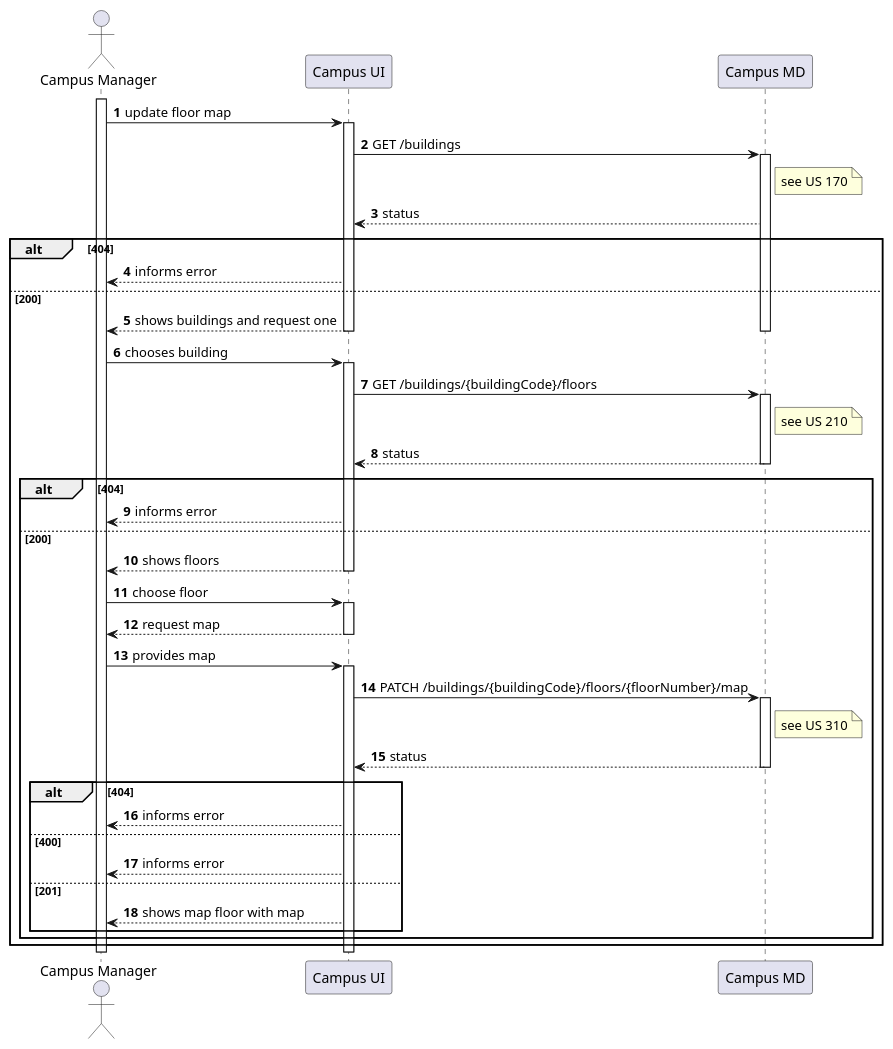
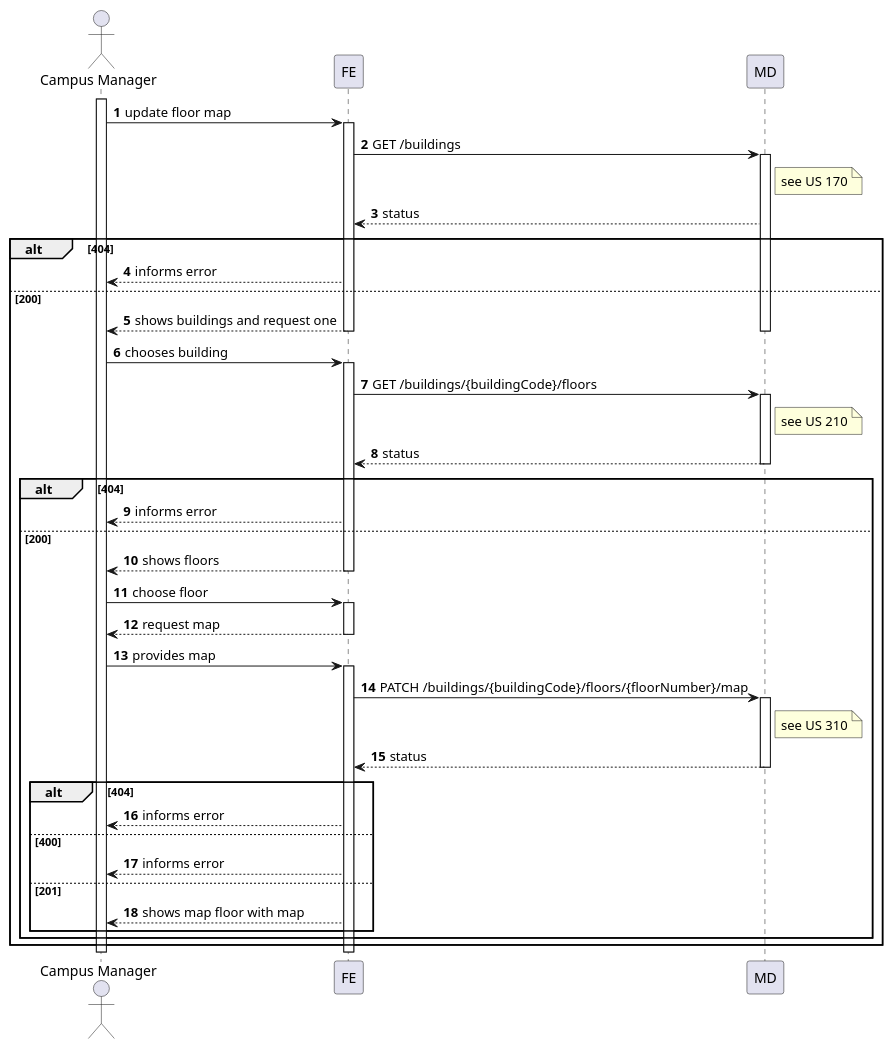
The diagram in docs/us1120/level2/process-view.puml (Departamento-de-Engenharia-Informatica/lapr5-23-24-g19), drawn with PlantUML before and after one commit. The commit also changed 17 other files, not shown here.

```diff
--- a/docs/us1120/level2/process-view.puml
+++ b/docs/us1120/level2/process-view.puml
@@ -1,59 +1,59 @@
 @startuml
 autonumber
 
 actor "Campus Manager" as usr
 
-participant "Campus UI" as UI
-participant "Campus MD" as md
+participant "FE" as UI
+participant "MD" as md
 
 activate usr
     usr -> UI : update floor map
     activate UI
         UI -> md : GET /buildings
         activate md
             note right of md : see US 170
             md --> UI : status
             alt 404
                 UI --> usr: informs error
             else 200
                 UI --> usr : shows buildings and request one
 
         deactivate md
     deactivate UI
 
     usr -> UI : chooses building
     activate UI
         UI -> md : GET /buildings/{buildingCode}/floors
         activate md
             note right of md : see US 210
             md --> UI : status
         deactivate md
             alt 404
                 UI --> usr: informs error
             else 200
                 UI --> usr: shows floors
     deactivate UI
         usr -> UI : choose floor
     activate UI
         UI --> usr : request map
     deactivate UI
         usr -> UI : provides map
     activate UI
         UI -> md : PATCH /buildings/{buildingCode}/floors/{floorNumber}/map
         activate md
             note right of md : see US 310
             md --> UI : status
         deactivate md
         alt 404
             UI --> usr : informs error
         else 400
             UI --> usr : informs error
         else 201
             UI --> usr : shows map floor with map
         end
         end
         end
     deactivate UI
 deactivate usr
 
 @enduml
```
